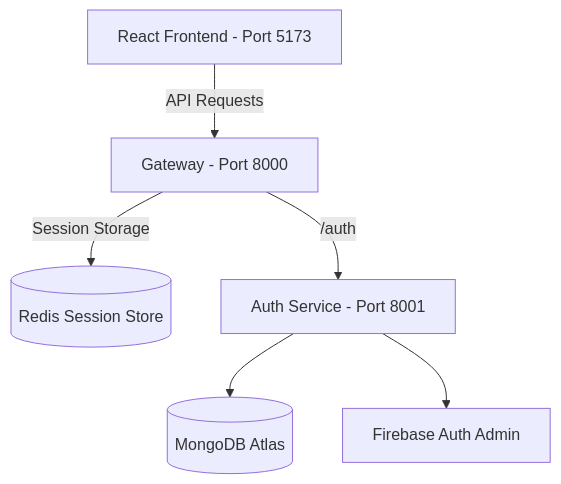
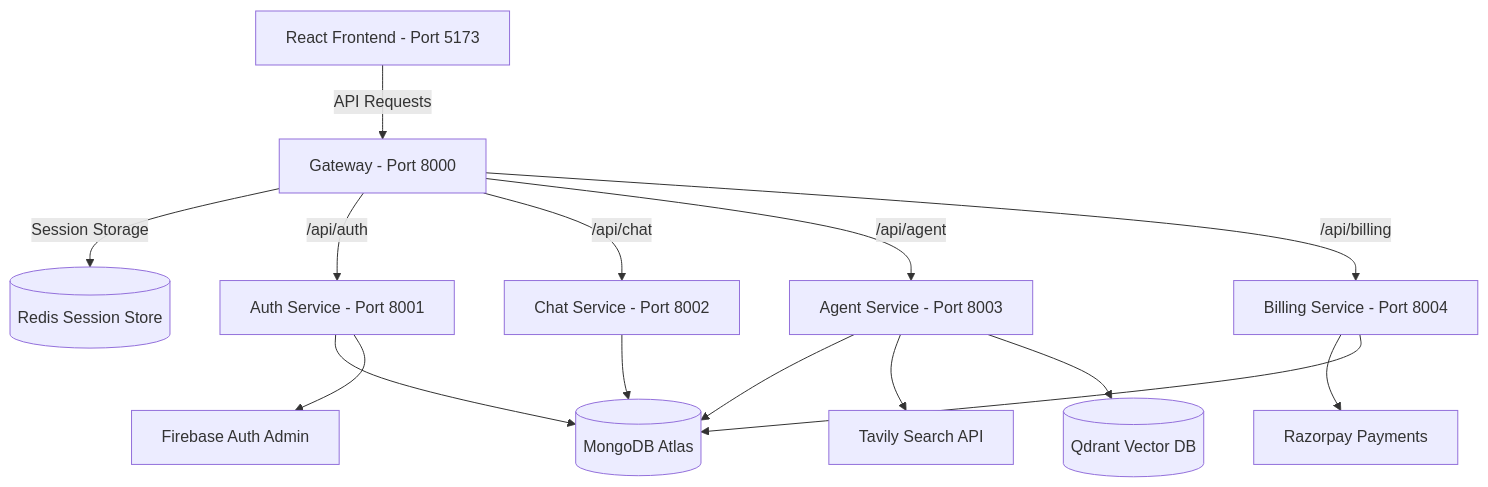
The diagram in README.md (MayankJoshi540/syncagents), drawn with Mermaid before and after one commit. The commit also changed other lines of this file, not shown here.

````diff
--- a/README.md
+++ b/README.md
@@ -9,10 +9,19 @@
 ```mermaid
 graph TD
     Client[React Frontend - Port 5173] -->|API Requests| Gateway[Gateway - Port 8000]
     Gateway -->|Session Storage| Redis[(Redis Session Store)]
     
-    Gateway -->|/auth| AuthSvc[Auth Service - Port 8001]
+    Gateway -->|/api/auth| AuthSvc[Auth Service - Port 8001]
+    Gateway -->|/api/chat| ChatSvc[Chat Service - Port 8002]
+    Gateway -->|/api/agent| AgentSvc[Agent Service - Port 8003]
+    Gateway -->|/api/billing| BillingSvc[Billing Service - Port 8004]
     
     AuthSvc --> MongoDB[(MongoDB Atlas)]
     AuthSvc --> Firebase[Firebase Auth Admin]
+    ChatSvc --> MongoDB
+    AgentSvc --> MongoDB
+    AgentSvc --> Tavily[Tavily Search API]
+    AgentSvc --> Qdrant[(Qdrant Vector DB)]
+    BillingSvc --> Razorpay[Razorpay Payments]
+    BillingSvc --> MongoDB
 ```
````
